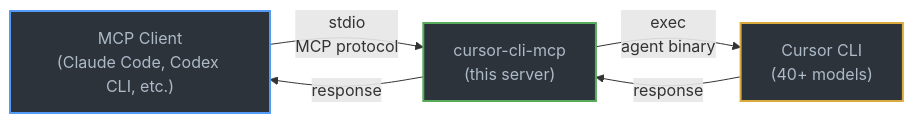
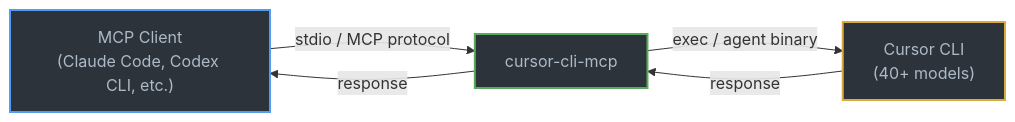
Before and after one commit to MazRadwan/cursor-cli-mcp: the diagram in README.md, drawn with Mermaid.

Commit message:
Fix Mermaid label line breaks

````diff
--- a/README.md
+++ b/README.md
@@ -185,11 +185,11 @@
 ```mermaid
 flowchart LR
-    A["MCP Client\n(Claude Code, Codex CLI, etc.)"] -- "stdio\nMCP protocol" --> B["cursor-cli-mcp\n(this server)"]
-    B -- "exec\nagent binary" --> C["Cursor CLI\n(40+ models)"]
+    A["MCP Client<br/>(Claude Code, Codex CLI, etc.)"] -- "stdio / MCP protocol" --> B["cursor-cli-mcp"]
+    B -- "exec / agent binary" --> C["Cursor CLI<br/>(40+ models)"]
     C -- response --> B
     B -- response --> A
 
     style A fill:#2d333b,stroke:#539bf5,stroke-width:2px,color:#adbac7
     style B fill:#2d333b,stroke:#57ab5a,stroke-width:2px,color:#adbac7
     style C fill:#2d333b,stroke:#daaa3f,stroke-width:2px,color:#adbac7
 ```
````
